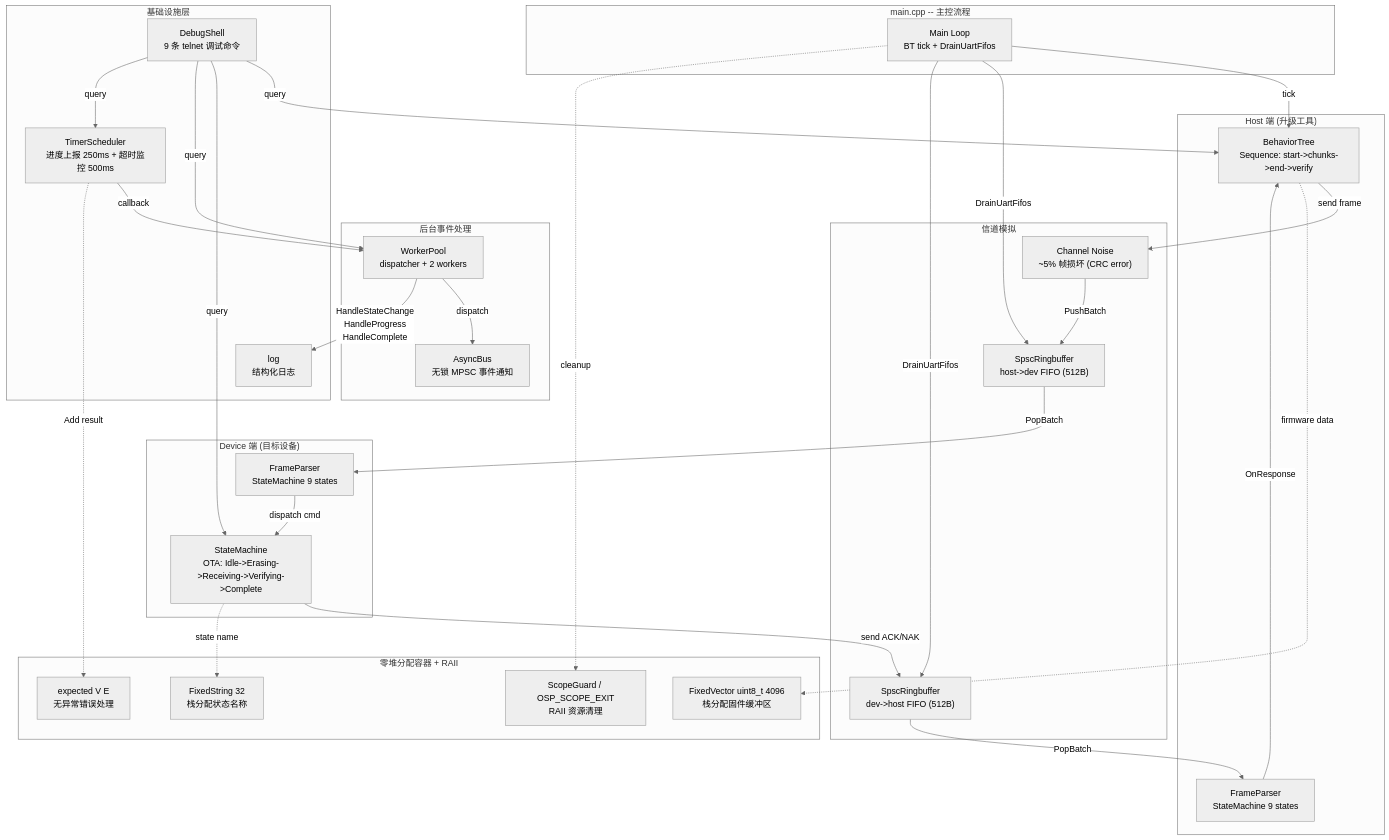
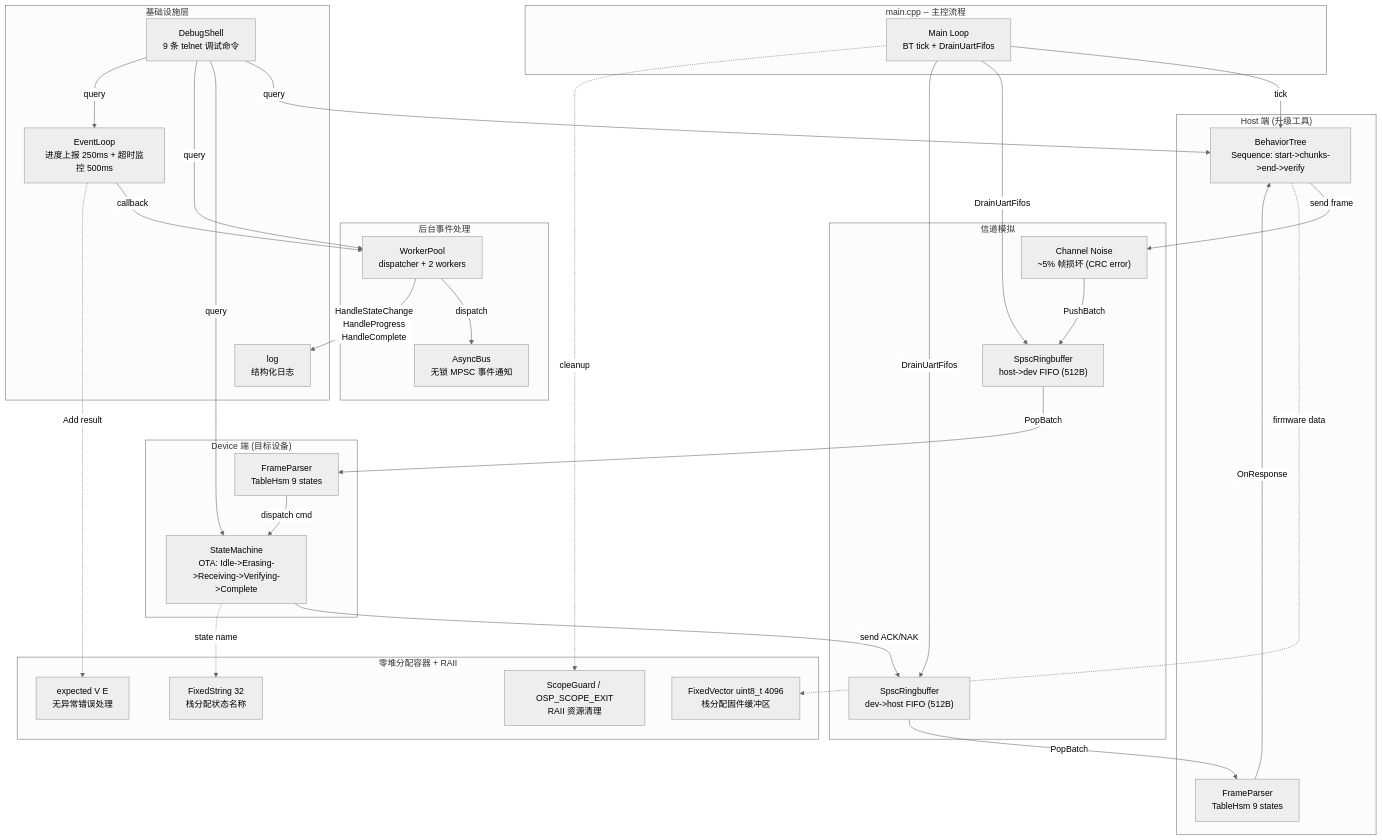
Before and after one commit to DeguiLiu/newosp: the first of 4 diagrams in examples/serial_ota/README.md, drawn with Mermaid (neutral theme). The commit also changed other lines of this file and 43 other files, not shown here.

Commit message:
story-feat(dm): TableHsm/EventLoop/Breaker core + examples refactor, bump 0.7.0

````diff
--- a/examples/serial_ota/README.md
+++ b/examples/serial_ota/README.md
@@ -11,64 +11,64 @@
 ```mermaid
 graph TB
     subgraph main["main.cpp -- 主控流程"]
         MAIN_LOOP["Main Loop<br/>BT tick + DrainUartFifos"]
     end
 
     subgraph host_side["Host 端 (升级工具)"]
         BT["BehaviorTree<br/>Sequence: start->chunks->end->verify"]
-        HP["FrameParser<br/>StateMachine 9 states"]
+        HP["FrameParser<br/>TableHsm 9 states"]
     end
 
     subgraph channel["信道模拟"]
         FIFO_HD["SpscRingbuffer<br/>host->dev FIFO (512B)"]
         FIFO_DH["SpscRingbuffer<br/>dev->host FIFO (512B)"]
         CORRUPT["Channel Noise<br/>~5% 帧损坏 (CRC error)"]
     end
 
     subgraph device_side["Device 端 (目标设备)"]
         SM["StateMachine<br/>OTA: Idle->Erasing->Receiving->Verifying->Complete"]
-        DP["FrameParser<br/>StateMachine 9 states"]
+        DP["FrameParser<br/>TableHsm 9 states"]
     end
 
     subgraph pool["后台事件处理"]
         WP["WorkerPool<br/>dispatcher + 2 workers"]
         BUS["AsyncBus<br/>无锁 MPSC 事件通知"]
     end
 
     subgraph infra["基础设施层"]
-        TIMER["TimerScheduler<br/>进度上报 250ms + 超时监控 500ms"]
+        TIMER["EventLoop<br/>进度上报 250ms + 超时监控 500ms"]
         SHELL["DebugShell<br/>9 条 telnet 调试命令"]
         LOG["log<br/>结构化日志"]
     end
 
     subgraph vocab["零堆分配容器 + RAII"]
         FV["FixedVector uint8_t 4096<br/>栈分配固件缓冲区"]
         FS["FixedString 32<br/>栈分配状态名称"]
         EXP["expected V E<br/>无异常错误处理"]
         SG["ScopeGuard / OSP_SCOPE_EXIT<br/>RAII 资源清理"]
     end
 
     MAIN_LOOP -->|tick| BT
     BT -->|send frame| CORRUPT
     CORRUPT -->|PushBatch| FIFO_HD
     MAIN_LOOP -->|DrainUartFifos| FIFO_HD
     FIFO_HD -->|PopBatch| DP
     DP -->|dispatch cmd| SM
     SM -->|send ACK/NAK| FIFO_DH
     MAIN_LOOP -->|DrainUartFifos| FIFO_DH
     FIFO_DH -->|PopBatch| HP
     HP -->|OnResponse| BT
 
     TIMER -->|callback| WP
     WP -->|dispatch| BUS
     WP -->|HandleStateChange<br/>HandleProgress<br/>HandleComplete| LOG
     SHELL -->|query| BT
     SHELL -->|query| SM
     SHELL -->|query| WP
     SHELL -->|query| TIMER
 
     BT -.->|firmware data| FV
     SM -.->|state name| FS
     TIMER -.->|Add result| EXP
     MAIN_LOOP -.->|cleanup| SG
 ```
````
